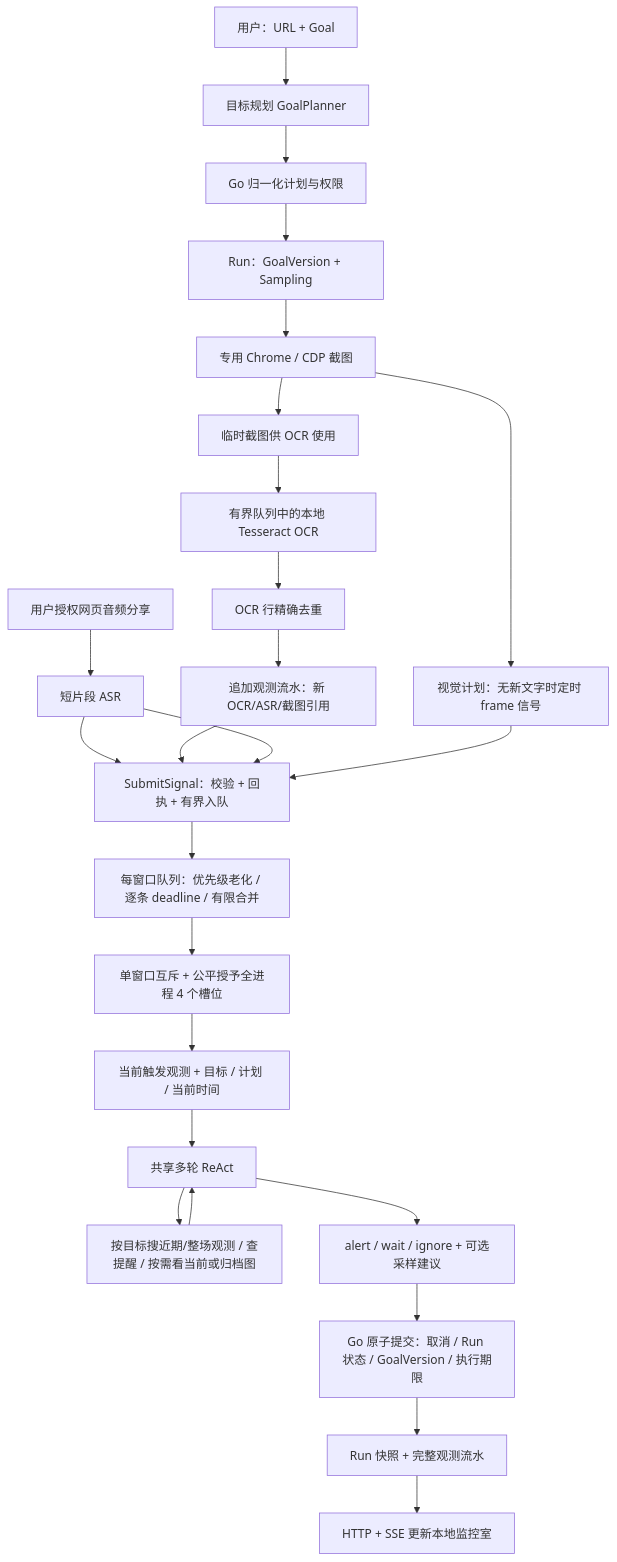
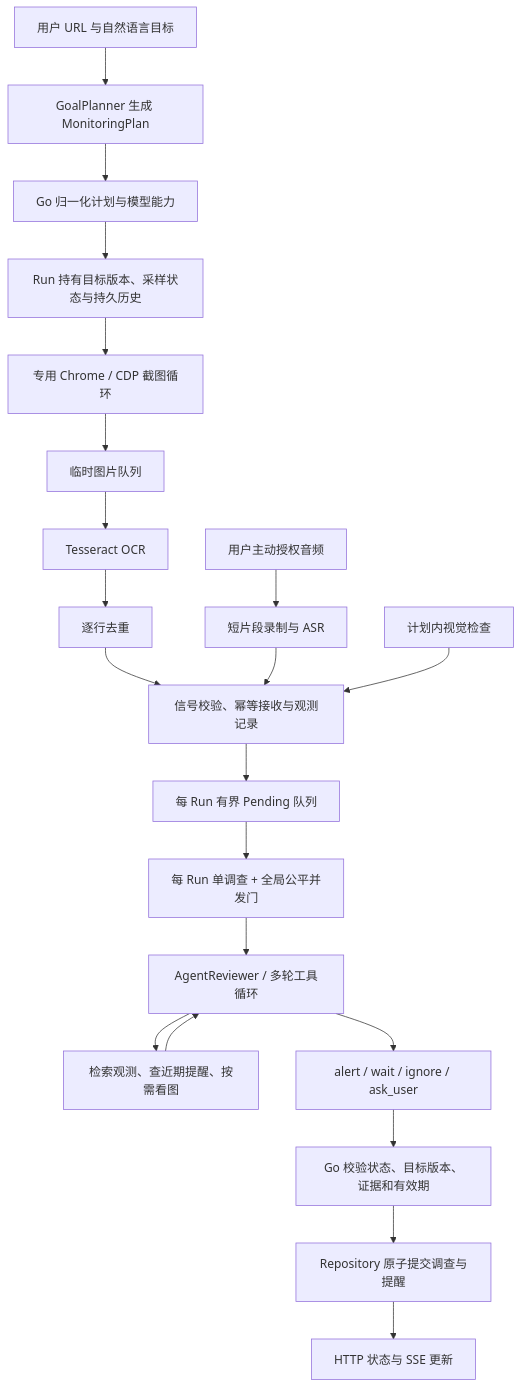
One commit to sdaAlbert/liveguard changed the diagram in docs/ARCHITECTURE.md. Above: the diagram before and after it, drawn with Mermaid. The commit also changed other lines of this file and 62 other files, not shown here.

````diff
--- a/docs/ARCHITECTURE.md
+++ b/docs/ARCHITECTURE.md
@@ -20,27 +38,23 @@
-~~~mermaid
+```mermaid
 flowchart TD
-    U[用户：URL + Goal] --> GP[目标规划 GoalPlanner]
-    GP --> N[Go 归一化计划与权限]
-    N --> RUN[Run：GoalVersion + Sampling]
-    RUN --> C[专用 Chrome / CDP 截图]
-    C --> FR[临时截图供 OCR 使用]
-    FR --> OCR[有界队列中的本地 Tesseract OCR]
-    OCR --> ND[OCR 行精确去重]
-    A[用户授权网页音频分享] --> ASR[短片段 ASR]
-    ASR --> IN[SubmitSignal：校验 + 回执 + 有界入队]
-    ND --> LEDGER[追加观测流水：新 OCR/ASR/截图引用]
-    LEDGER --> IN
-    ASR --> IN
-    C --> FT[视觉计划：无新文字时定时 frame 信号]
-    FT --> IN
-    IN --> Q[每窗口队列：优先级老化 / 逐条 deadline / 有限合并]
-    Q --> G[单窗口互斥 + 公平授予全进程 4 个槽位]
-    G --> CTX[当前触发观测 + 目标 / 计划 / 当前时间]
-    CTX --> R[共享多轮 ReAct]
-    R --> TOOLS[按目标搜近期/整场观测 / 查提醒 / 按需看当前或归档图]
-    TOOLS --> R
-    R --> D[alert / wait / ignore + 可选采样建议]
-    D --> COMMIT[Go 原子提交：取消 / Run 状态 / GoalVersion / 执行期限]
-    COMMIT --> REPO[Run 快照 + 完整观测流水]
-    REPO --> UI[HTTP + SSE 更新本地监控室]
-~~~
+    U[用户 URL 与自然语言目标] --> P[GoalPlanner 生成 MonitoringPlan]
+    P --> N[Go 归一化计划与模型能力]
+    N --> R[Run 持有目标版本、采样状态与持久历史]
+    R --> C[专用 Chrome / CDP 截图循环]
+    C --> F[临时图片队列]
+    F --> O[Tesseract OCR]
+    O --> D[逐行去重]
+    A[用户主动授权音频] --> ASR[短片段录制与 ASR]
+    D --> I[信号校验、幂等接收与观测记录]
+    ASR --> I
+    V[计划内视觉检查] --> I
+    I --> Q[每 Run 有界 Pending 队列]
+    Q --> G[每 Run 单调查 + 全局公平并发门]
+    G --> X[AgentReviewer / 多轮工具循环]
+    X --> T[检索观测、查近期提醒、按需看图]
+    T --> X
+    X --> Z[alert / wait / ignore / ask_user]
+    Z --> K[Go 校验状态、目标版本、证据和有效期]
+    K --> S[Repository 原子提交调查与提醒]
+    S --> UI[HTTP 状态与 SSE 更新]
+```
````
